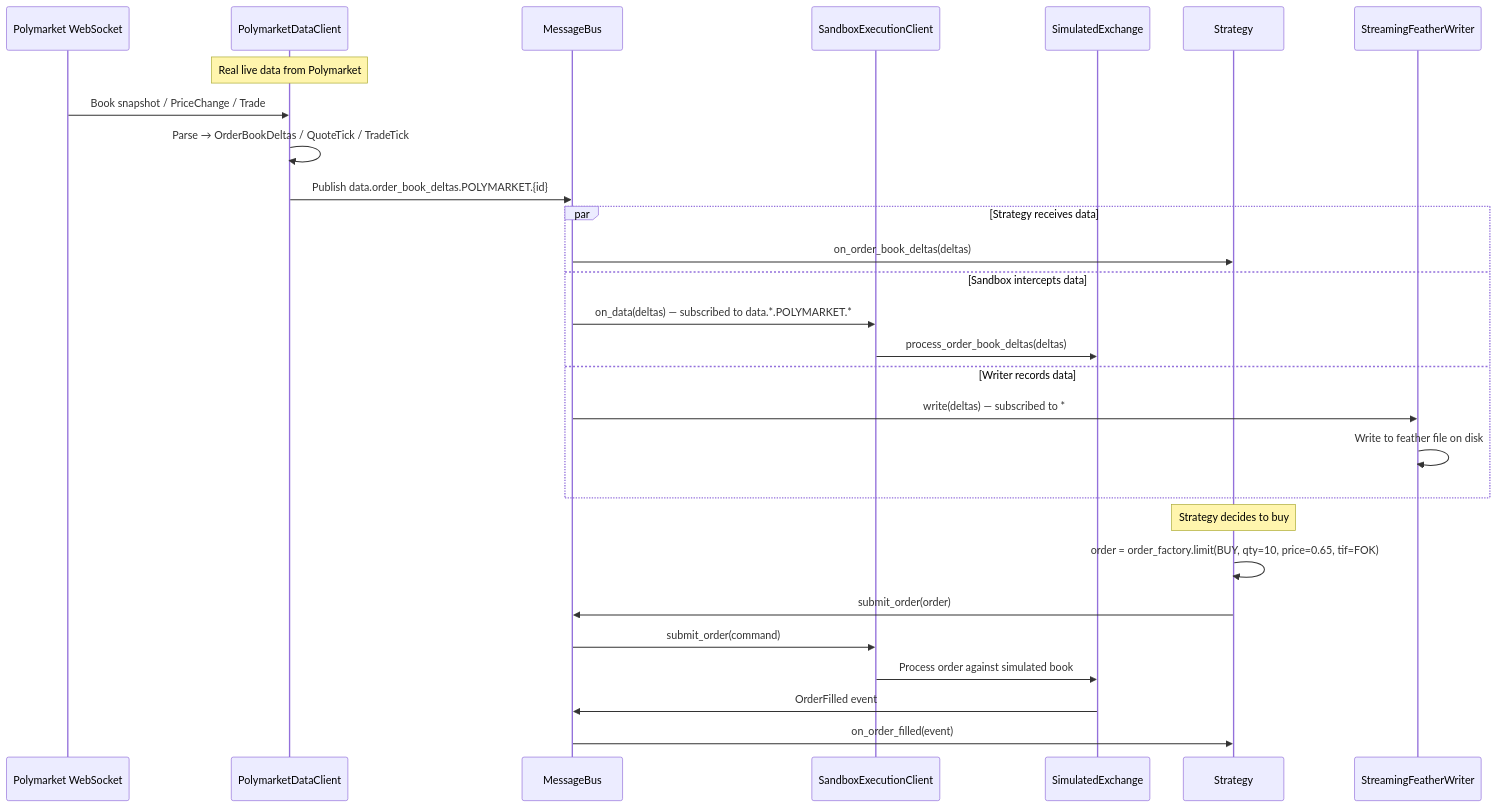
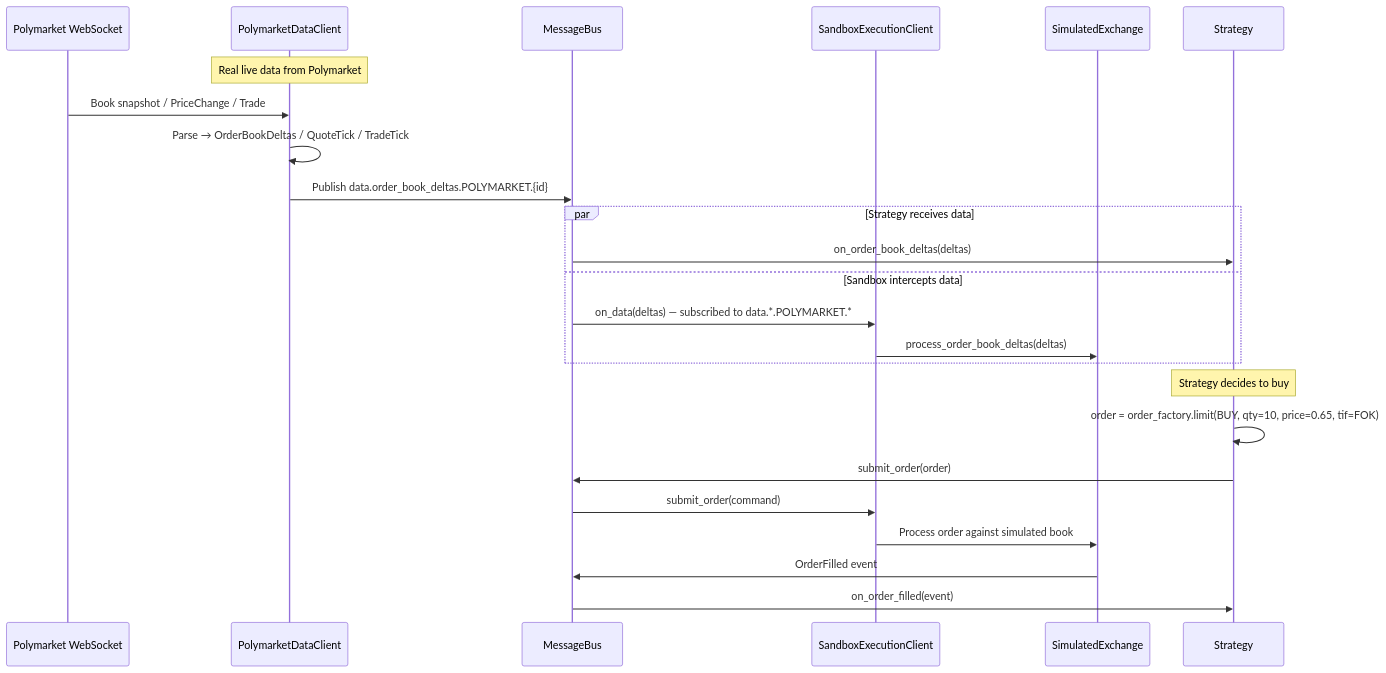
The fourth of 8 diagrams in agents/PLAN.md (JSai23/nautilus_trader), drawn with Mermaid before and after one commit. The commit also changed other lines of this file and 7 other files, not shown here.

````diff
--- a/agents/PLAN.md
+++ b/agents/PLAN.md
@@ -721,33 +657,29 @@
 ```mermaid
 sequenceDiagram
     participant WS as Polymarket WebSocket
     participant DC as PolymarketDataClient
     participant MB as MessageBus
     participant SC as SandboxExecutionClient
     participant SE as SimulatedExchange
     participant ST as Strategy
-    participant SW as StreamingFeatherWriter
 
     Note over DC: Real live data from Polymarket
     WS->>DC: Book snapshot / PriceChange / Trade
     DC->>DC: Parse → OrderBookDeltas / QuoteTick / TradeTick
     DC->>MB: Publish data.order_book_deltas.POLYMARKET.{id}
 
     par Strategy receives data
         MB->>ST: on_order_book_deltas(deltas)
     and Sandbox intercepts data
         MB->>SC: on_data(deltas) — subscribed to data.*.POLYMARKET.*
         SC->>SE: process_order_book_deltas(deltas)
-    and Writer records data
-        MB->>SW: write(deltas) — subscribed to *
-        SW->>SW: Write to feather file on disk
     end
 
     Note over ST: Strategy decides to buy
     ST->>ST: order = order_factory.limit(BUY, qty=10, price=0.65, tif=FOK)
     ST->>MB: submit_order(order)
     MB->>SC: submit_order(command)
     SC->>SE: Process order against simulated book
     SE->>MB: OrderFilled event
     MB->>ST: on_order_filled(event)
 ```
````
